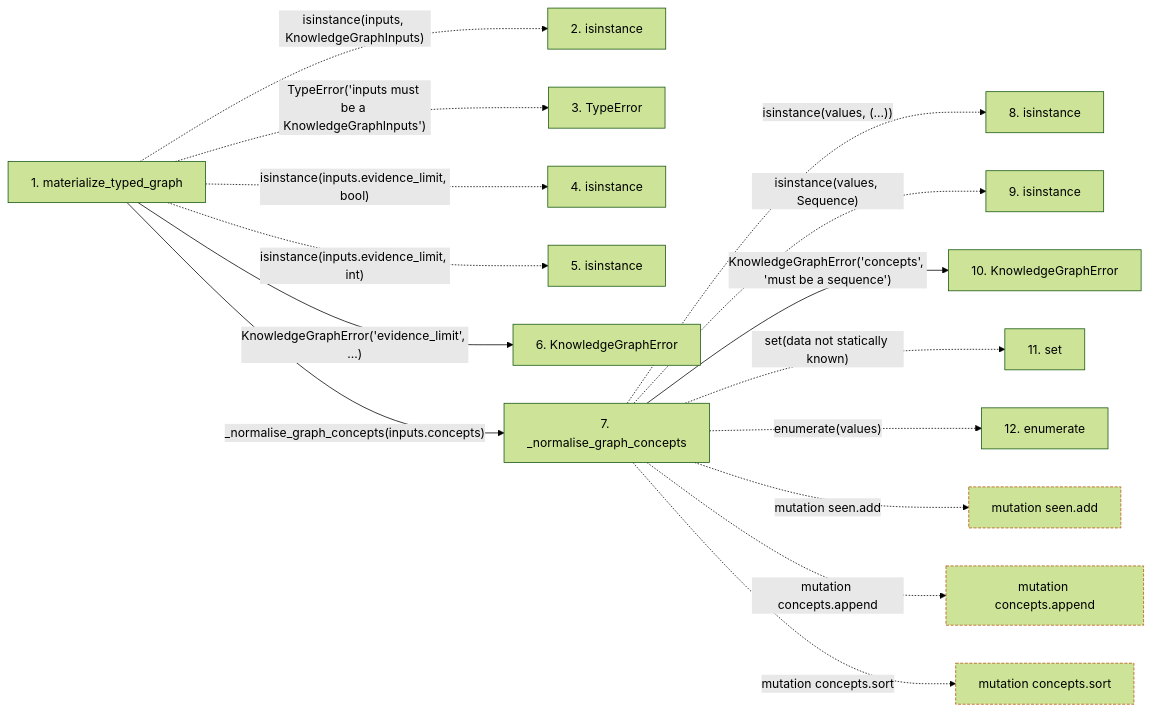
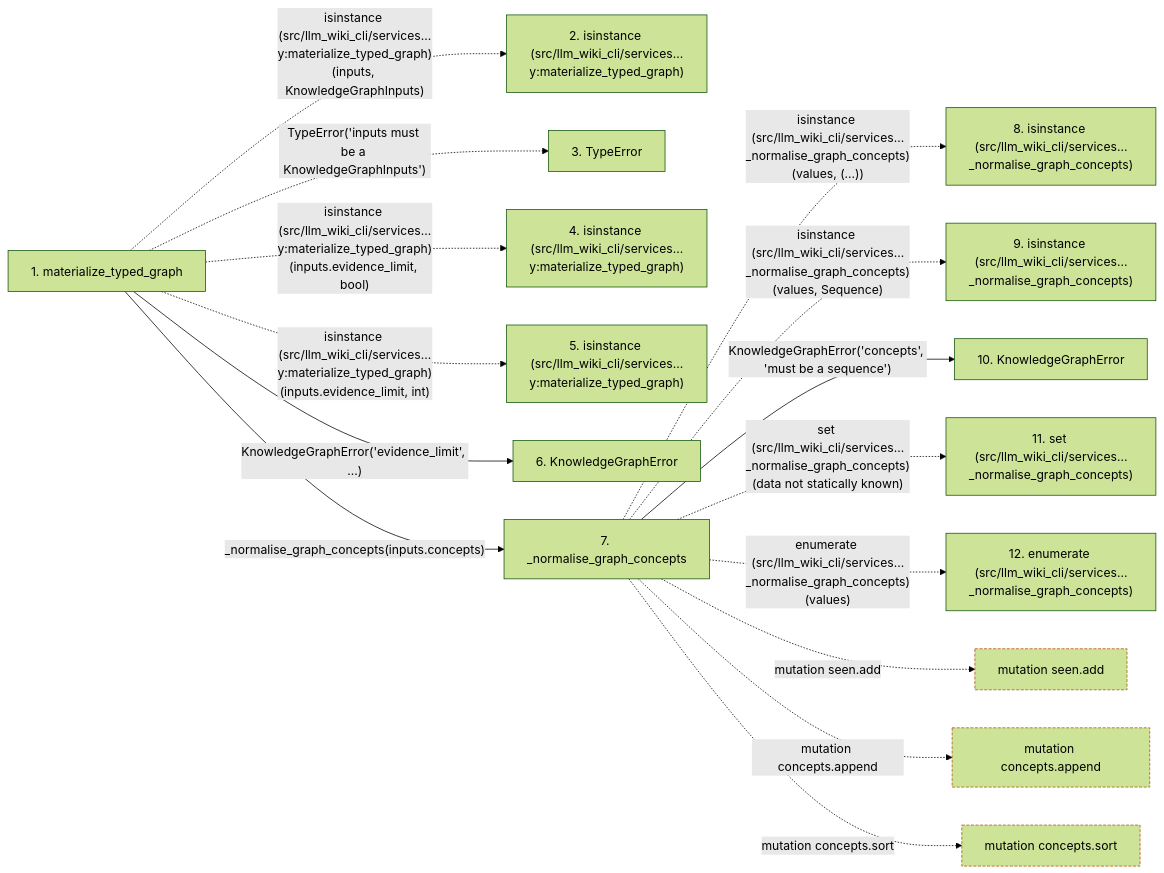
The second of 2 diagrams in docs/llm_wiki/flows/api-materialize_typed_graph.md (Denissvgn/python-wiki-llm), drawn with Mermaid (forest theme) before and after one commit. The commit also changed other lines of this file and 719 other files, not shown here.

````diff
--- a/docs/llm_wiki/flows/api-materialize_typed_graph.md
+++ b/docs/llm_wiki/flows/api-materialize_typed_graph.md
@@ -74,40 +80,40 @@
 ```mermaid
 flowchart LR
     s1["1. materialize_typed_graph"]
-    s2["2. isinstance"]
+    s2["2. isinstance (src/llm_wiki_cli/services…y:materialize_typed_graph)"]
     s3["3. TypeError"]
-    s4["4. isinstance"]
-    s5["5. isinstance"]
+    s4["4. isinstance (src/llm_wiki_cli/services…y:materialize_typed_graph)"]
+    s5["5. isinstance (src/llm_wiki_cli/services…y:materialize_typed_graph)"]
     s6["6. KnowledgeGraphError"]
     s7["7. _normalise_graph_concepts"]
-    s8["8. isinstance"]
-    s9["9. isinstance"]
+    s8["8. isinstance (src/llm_wiki_cli/services…_normalise_graph_concepts)"]
+    s9["9. isinstance (src/llm_wiki_cli/services…_normalise_graph_concepts)"]
     s10["10. KnowledgeGraphError"]
-    s11["11. set"]
-    s12["12. enumerate"]
-    s1 -. "isinstance(inputs, KnowledgeGraphInputs)" .-> s2
+    s11["11. set (src/llm_wiki_cli/services…_normalise_graph_concepts)"]
+    s12["12. enumerate (src/llm_wiki_cli/services…_normalise_graph_concepts)"]
+    s1 -. "isinstance (src/llm_wiki_cli/services…y:materialize_typed_graph)(inputs, KnowledgeGraphInputs)" .-> s2
     s1 -. "TypeError('inputs must be a KnowledgeGraphInputs')" .-> s3
-    s1 -. "isinstance(inputs.evidence_limit, bool)" .-> s4
-    s1 -. "isinstance(inputs.evidence_limit, int)" .-> s5
+    s1 -. "isinstance (src/llm_wiki_cli/services…y:materialize_typed_graph)(inputs.evidence_limit, bool)" .-> s4
+    s1 -. "isinstance (src/llm_wiki_cli/services…y:materialize_typed_graph)(inputs.evidence_limit, int)" .-> s5
     s1 -->|"KnowledgeGraphError('evidence_limit', ...)"| s6
     s1 -->|"_normalise_graph_concepts(inputs.concepts)"| s7
-    s7 -. "isinstance(values, (...))" .-> s8
-    s7 -. "isinstance(values, Sequence)" .-> s9
+    s7 -. "isinstance (src/llm_wiki_cli/services…_normalise_graph_concepts)(values, (...))" .-> s8
+    s7 -. "isinstance (src/llm_wiki_cli/services…_normalise_graph_concepts)(values, Sequence)" .-> s9
     s7 -->|"KnowledgeGraphError('concepts', 'must be a sequence')"| s10
-    s7 -. "set(data not statically known)" .-> s11
-    s7 -. "enumerate(values)" .-> s12
+    s7 -. "set (src/llm_wiki_cli/services…_normalise_graph_concepts)(data not statically known)" .-> s11
+    s7 -. "enumerate (src/llm_wiki_cli/services…_normalise_graph_concepts)(values)" .-> s12
     b0["mutation seen.add"]
     s7 -. "mutation seen.add" .-> b0
     b1["mutation concepts.append"]
     s7 -. "mutation concepts.append" .-> b1
     b2["mutation concepts.sort"]
     s7 -. "mutation concepts.sort" .-> b2
     click s1 "../modules/knowledge_graph.md"
     click s6 "../modules/knowledge_graph.md"
     click s7 "../modules/knowledge_graph.md"
     click s10 "../modules/knowledge_graph.md"
     classDef boundary stroke:#b45309,stroke-dasharray: 4 2
     class b0 boundary
     class b1 boundary
     class b2 boundary
 ```
````
